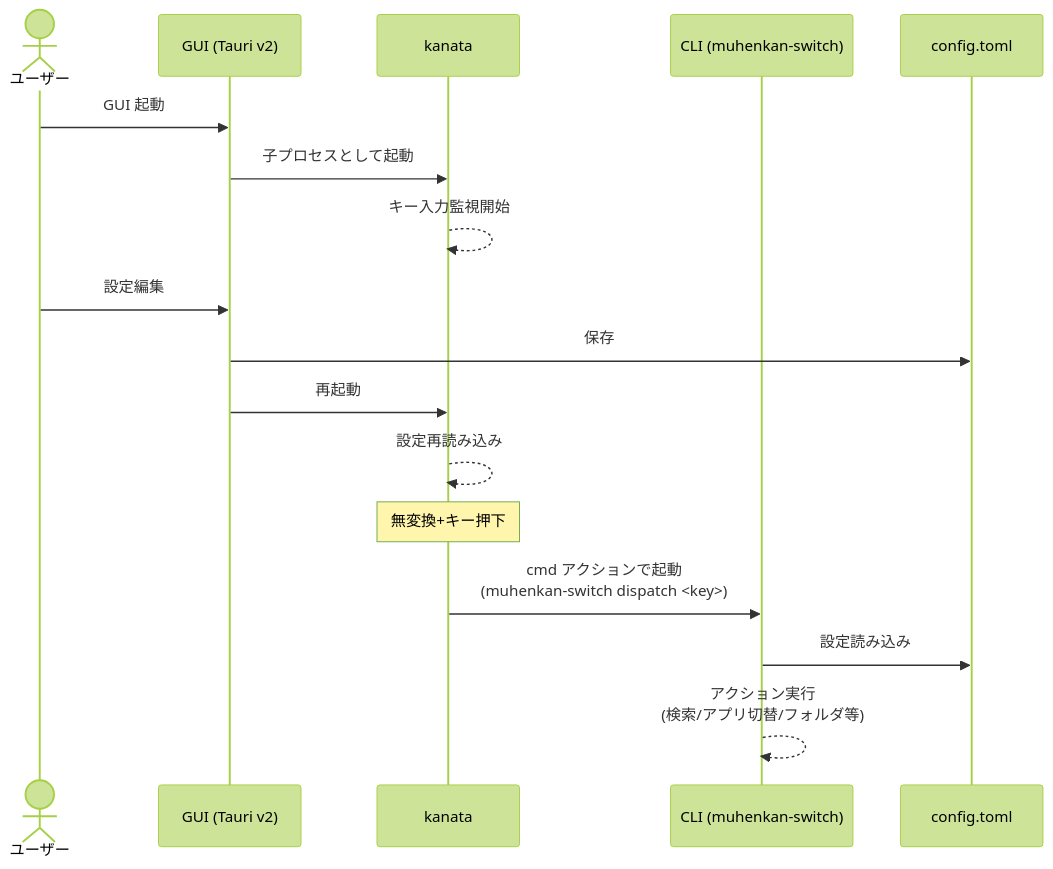
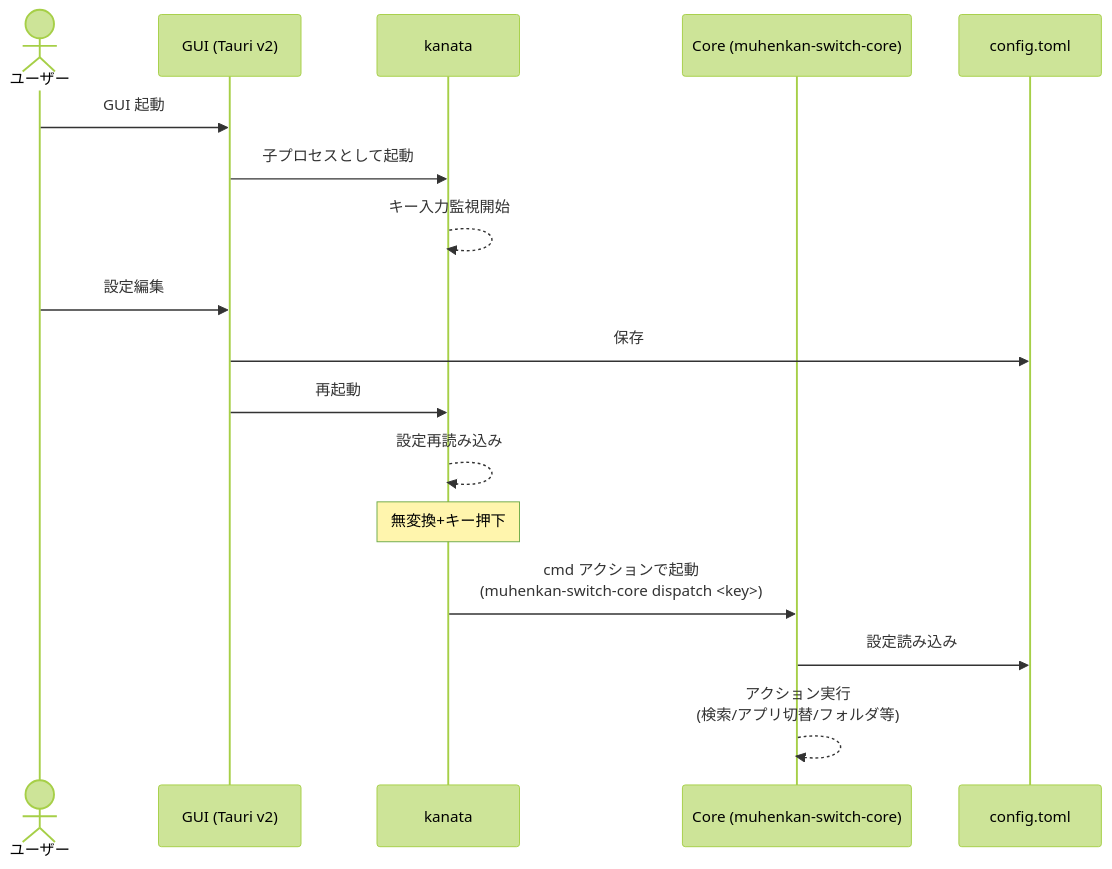
Before and after one commit to kimushun1101/muhenkan-switch-rs: the first of 2 diagrams in docs/design.md, drawn with Mermaid (forest theme). The commit also changed other lines of this file and 55 other files, not shown here.

````diff
--- a/docs/design.md
+++ b/docs/design.md
@@ -72,22 +72,22 @@
 ```mermaid
 sequenceDiagram
     actor User as ユーザー
     participant GUI as GUI (Tauri v2)
     participant kanata as kanata
-    participant CLI as CLI (muhenkan-switch)
+    participant Core as Core (muhenkan-switch-core)
     participant toml as config.toml
 
     User->>GUI: GUI 起動
     GUI->>kanata: 子プロセスとして起動
     kanata-->>kanata: キー入力監視開始
 
     User->>GUI: 設定編集
     GUI->>toml: 保存
     GUI->>kanata: 再起動
     kanata-->>kanata: 設定再読み込み
 
     Note over kanata: 無変換+キー押下
-    kanata->>CLI: cmd アクションで起動<br/>(muhenkan-switch dispatch <key>)
-    CLI->>toml: 設定読み込み
-    CLI-->>CLI: アクション実行<br/>(検索/アプリ切替/フォルダ等)
+    kanata->>Core: cmd アクションで起動<br/>(muhenkan-switch-core dispatch <key>)
+    Core->>toml: 設定読み込み
+    Core-->>Core: アクション実行<br/>(検索/アプリ切替/フォルダ等)
 ```
````
